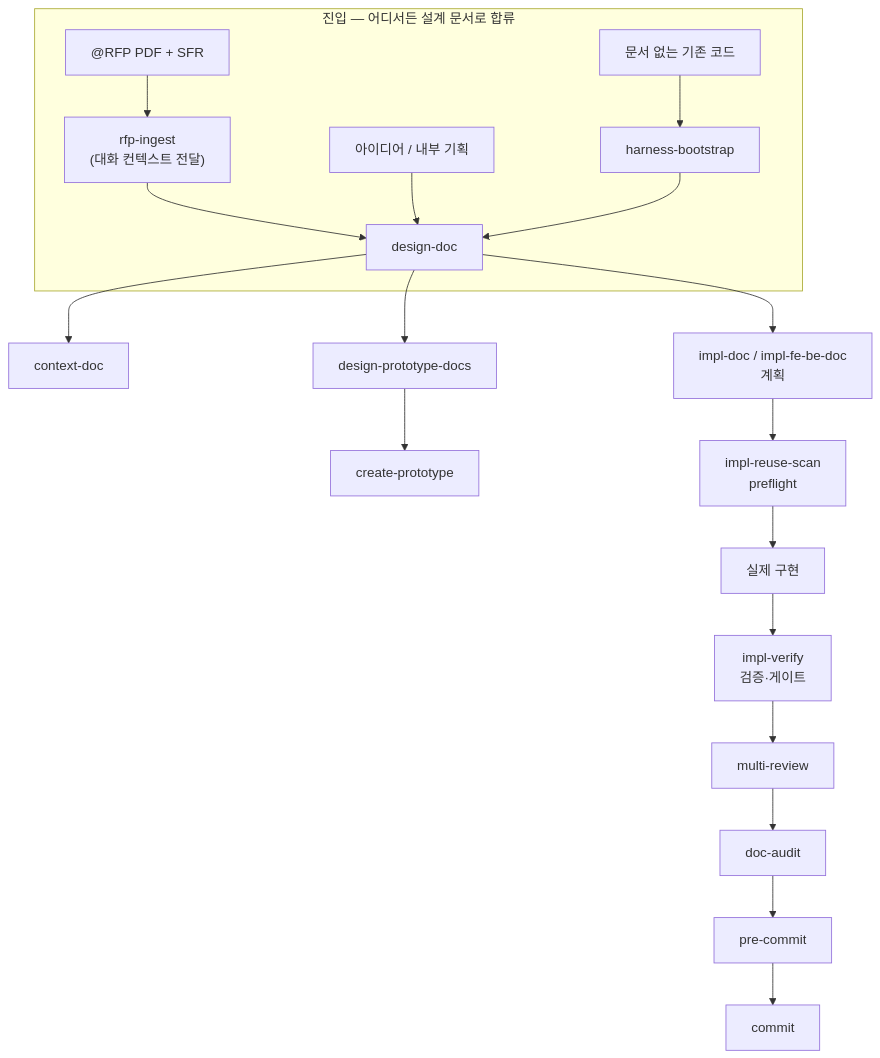
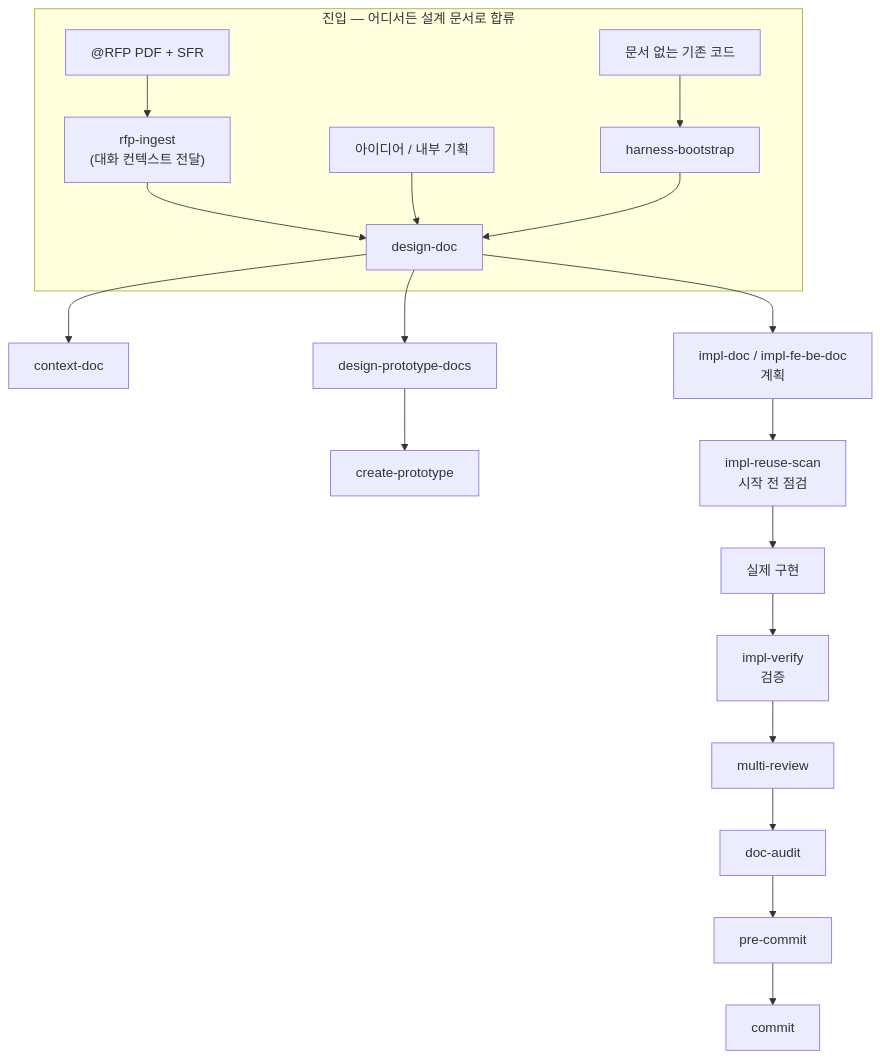
One commit to hb9397/AI_Agent_docs changed the fifth of 7 diagrams in Docs/Harness_Engineering_Intro.md. Above: the diagram before and after it, drawn with Mermaid. The commit also changed other lines of this file and 3 other files, not shown here.

````diff
--- a/Docs/Harness_Engineering_Intro.md
+++ b/Docs/Harness_Engineering_Intro.md
@@ -277,22 +277,22 @@
 ```mermaid
 flowchart TD
     subgraph 진입["진입 — 어디서든 설계 문서로 합류"]
         R["@RFP PDF + SFR"] --> RI["rfp-ingest<br/>(대화 컨텍스트 전달)"]
         RI --> DD
         I["아이디어 / 내부 기획"] --> DD["design-doc"]
         L["문서 없는 기존 코드"] --> HB["harness-bootstrap"]
         HB --> DD
     end
 
     DD --> CC["context-doc"]
     DD --> DP["design-prototype-docs"]
     DP --> CP["create-prototype"]
     DD --> IM["impl-doc / impl-fe-be-doc<br/>계획"]
-    IM --> RS["impl-reuse-scan<br/>preflight"]
+    IM --> RS["impl-reuse-scan<br/>시작 전 점검"]
     RS --> BUILD["실제 구현"]
-    BUILD --> IV["impl-verify<br/>검증·게이트"]
+    BUILD --> IV["impl-verify<br/>검증"]
     IV --> MR["multi-review"]
     MR --> DA["doc-audit"]
     DA --> PC["pre-commit"]
     PC --> CM["commit"]
 ```
````
